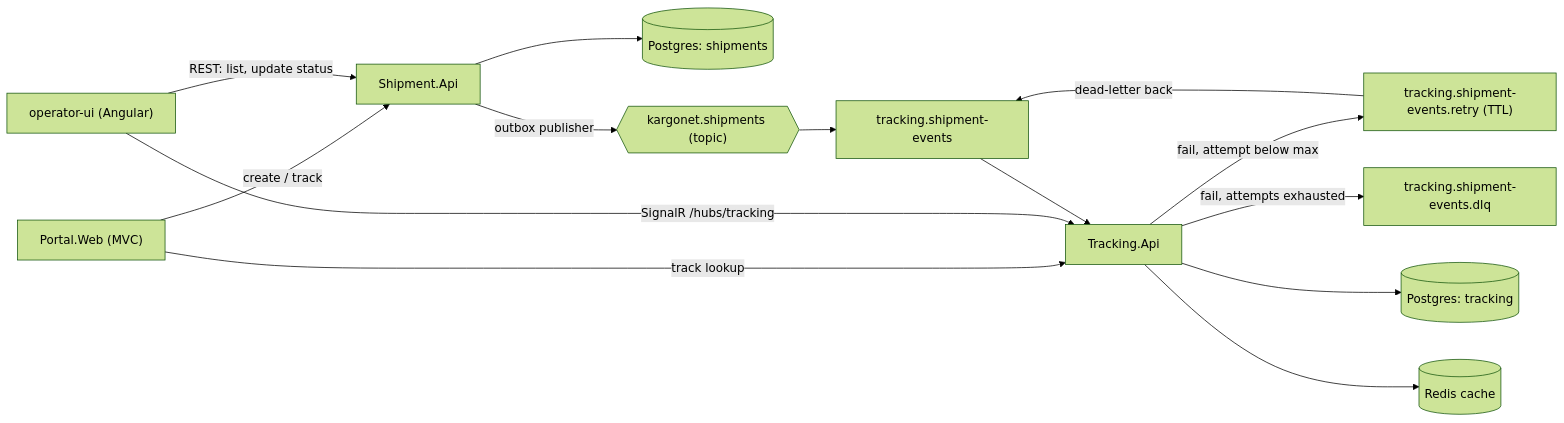
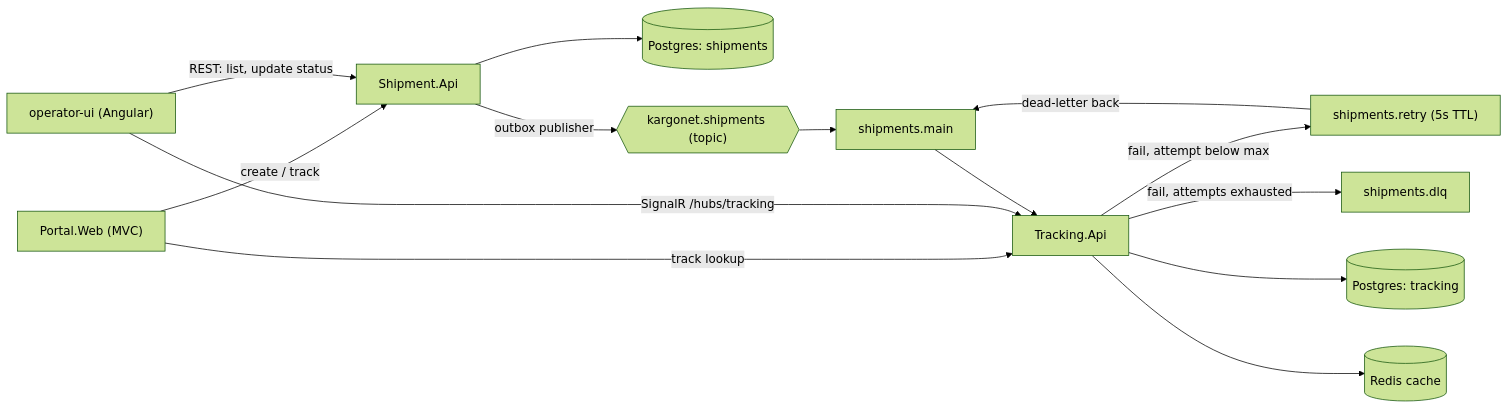
One commit to EmreOzcanDev/KargoNet changed the diagram in README.md. Above: the diagram before and after it, drawn with Mermaid (forest theme). The commit also changed other lines of this file and 13 other files, not shown here.

````diff
--- a/README.md
+++ b/README.md
@@ -9,16 +9,16 @@
 ```mermaid
 flowchart LR
     Portal["Portal.Web (MVC)"] -->|"create / track"| ShipApi[Shipment.Api]
     Portal -->|"track lookup"| TrackApi[Tracking.Api]
     Operator["operator-ui (Angular)"] -->|"REST: list, update status"| ShipApi
     Operator -->|"SignalR /hubs/tracking"| TrackApi
     ShipApi --> ShipDb[("Postgres: shipments")]
     ShipApi -->|"outbox publisher"| Exchange{{"kargonet.shipments (topic)"}}
-    Exchange --> MainQ[tracking.shipment-events]
+    Exchange --> MainQ[shipments.main]
     MainQ --> TrackApi
-    TrackApi -->|"fail, attempt below max"| RetryQ["tracking.shipment-events.retry (TTL)"]
+    TrackApi -->|"fail, attempt below max"| RetryQ["shipments.retry (5s TTL)"]
     RetryQ -->|"dead-letter back"| MainQ
-    TrackApi -->|"fail, attempts exhausted"| Dlq[tracking.shipment-events.dlq]
+    TrackApi -->|"fail, attempts exhausted"| Dlq[shipments.dlq]
     TrackApi --> TrackDb[("Postgres: tracking")]
     TrackApi --> Redis[("Redis cache")]
 ```
````
